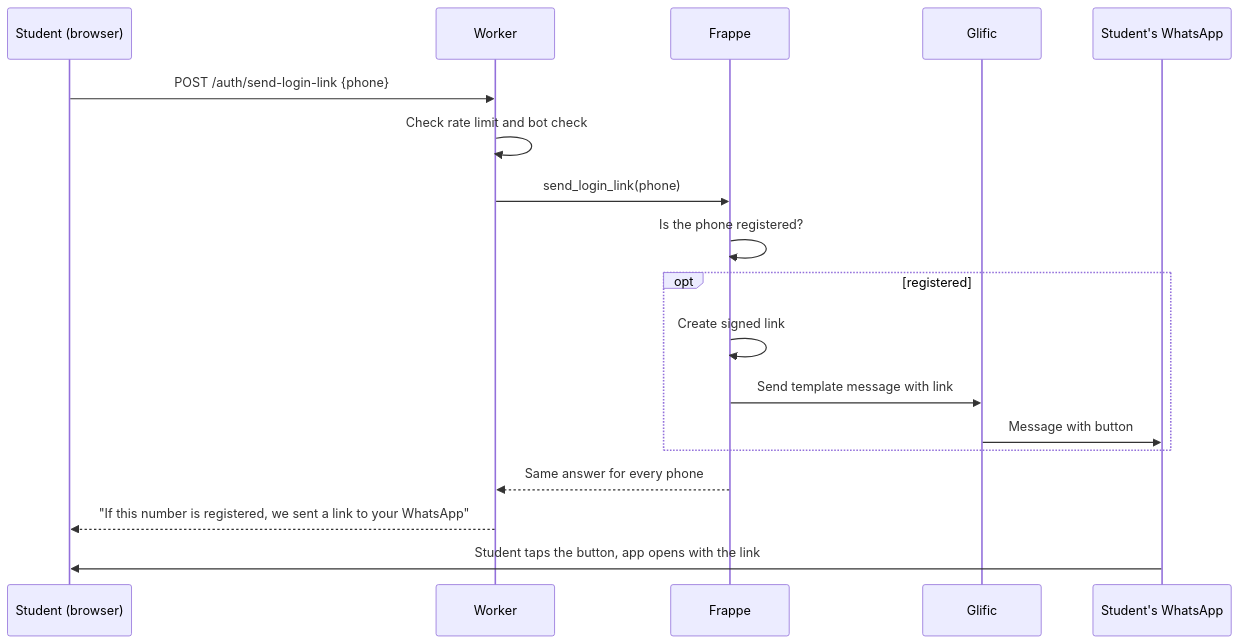
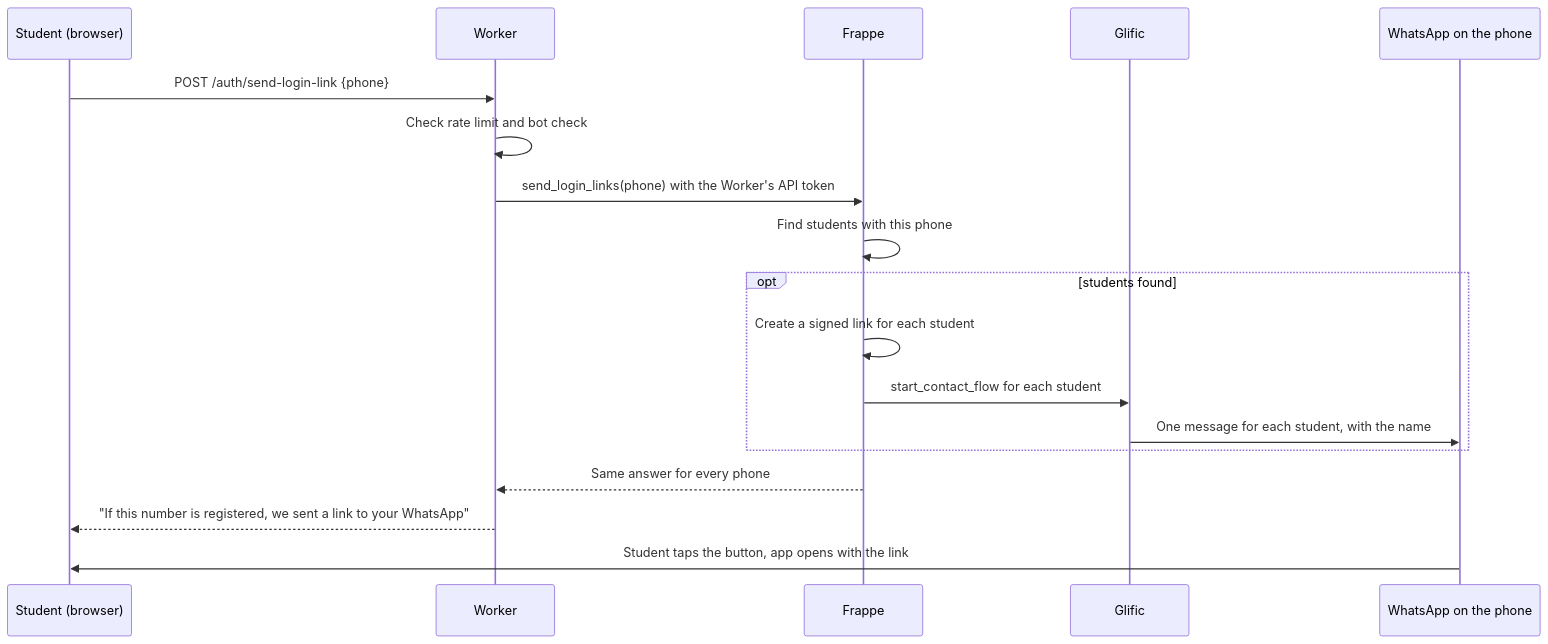
The third of 3 diagrams in documentation/whatsapp-link-login.md (theapprenticeproject/flutter_native_webapp), drawn with Mermaid before and after one commit. The commit also changed other lines of this file and 2 other files, not shown here.

Commit message:
refined approach doc for whatsapp login

````diff
--- a/documentation/whatsapp-link-login.md
+++ b/documentation/whatsapp-link-login.md
@@ -193,20 +254,20 @@
 ```mermaid
 sequenceDiagram
   participant S as Student (browser)
   participant W as Worker
   participant F as Frappe
   participant G as Glific
-  participant P as Student's WhatsApp
+  participant P as WhatsApp on the phone
   S->>W: POST /auth/send-login-link {phone}
   W->>W: Check rate limit and bot check
-  W->>F: send_login_link(phone)
-  F->>F: Is the phone registered?
-  opt registered
-    F->>F: Create signed link
-    F->>G: Send template message with link
-    G->>P: Message with button
+  W->>F: send_login_links(phone) with the Worker's API token
+  F->>F: Find students with this phone
+  opt students found
+    F->>F: Create a signed link for each student
+    F->>G: start_contact_flow for each student
+    G->>P: One message for each student, with the name
   end
   F-->>W: Same answer for every phone
   W-->>S: "If this number is registered, we sent a link to your WhatsApp"
   P->>S: Student taps the button, app opens with the link
 ```
````
